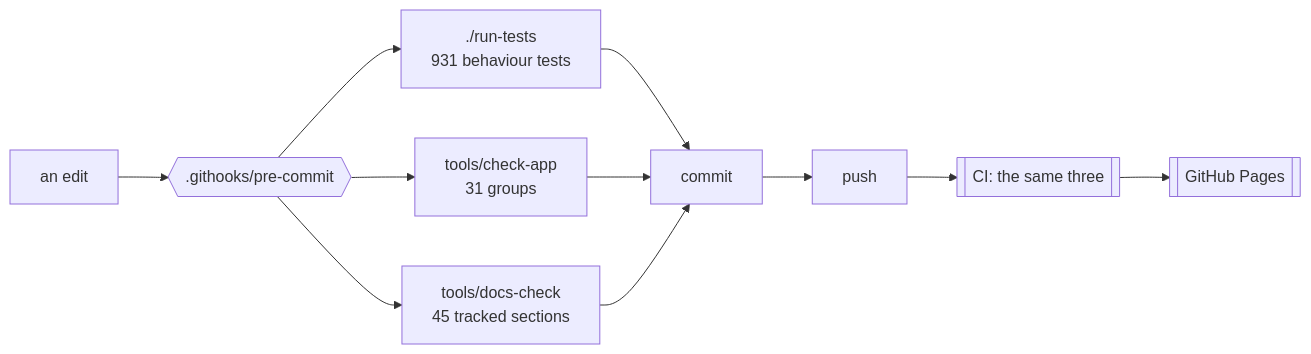
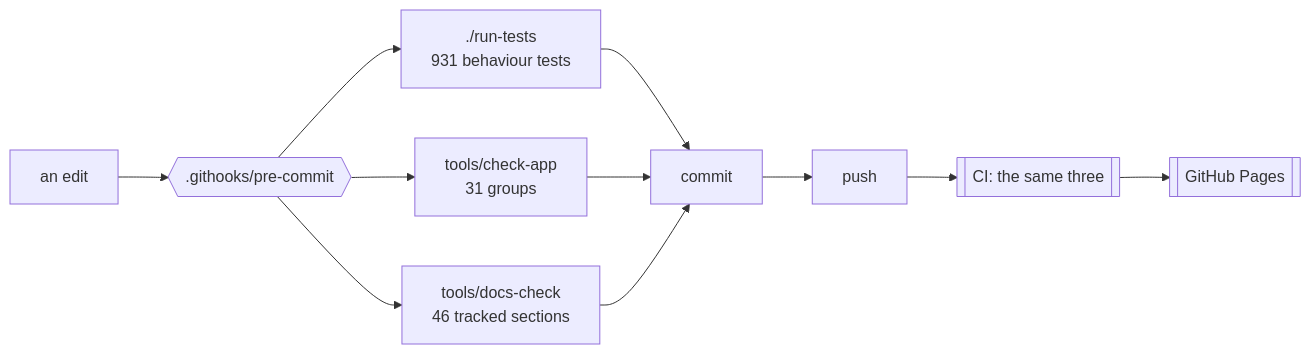
The first of 3 diagrams in docs/DEVELOPING.md (minormending/crystal-pilot-mobile), drawn with Mermaid before and after one commit. The commit also changed other lines of this file and 14 other files, not shown here.

````diff
--- a/docs/DEVELOPING.md
+++ b/docs/DEVELOPING.md
@@ -15,12 +15,12 @@
 ```mermaid
 flowchart LR
     E[an edit] --> H{{".githooks/pre-commit"}}
     H --> T["./run-tests<br/>931 behaviour tests"]
     H --> C["tools/check-app<br/>31 groups"]
-    H --> D["tools/docs-check<br/>45 tracked sections"]
+    H --> D["tools/docs-check<br/>46 tracked sections"]
     T --> OK[commit]
     C --> OK
     D --> OK
     OK --> P[push] --> CI[["CI: the same three"]]
     CI --> PG[[GitHub Pages]]
 ```
````
